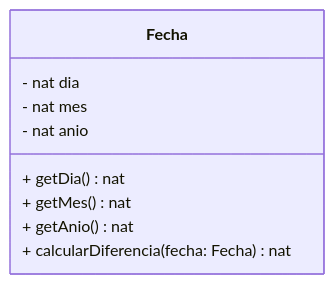
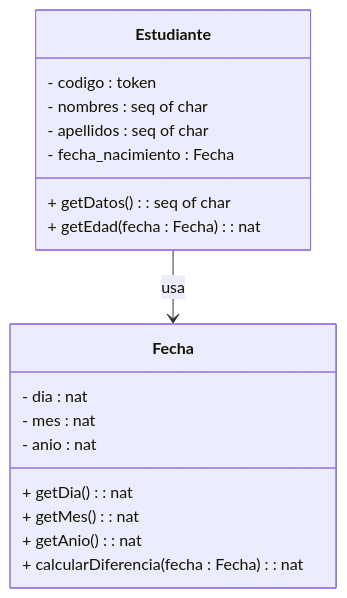
The diagram in VDM++/readme.md (joeCuadros/Sistema_monitoreo), drawn with Mermaid before and after one commit. The commit also changed other lines of this file and 2 other files, not shown here.

Commit message:
feat: test/mejora de la clase Estudiante

````diff
--- a/VDM++/readme.md
+++ b/VDM++/readme.md
@@ -32,12 +33,23 @@
 ```mermaid
 classDiagram
 class Fecha {
-    - nat dia
-    - nat mes
-    - nat anio
-    + getDia() nat
-    + getMes() nat
-    + getAnio() nat
-    + calcularDiferencia(fecha: Fecha) nat
+    - dia : nat
+    - mes : nat
+    - anio : nat
+    + getDia() : nat
+    + getMes() : nat
+    + getAnio() : nat
+    + calcularDiferencia(fecha : Fecha) : nat
 }
+
+class Estudiante {
+    - codigo : token
+    - nombres : seq of char
+    - apellidos : seq of char
+    - fecha_nacimiento : Fecha
+    + getDatos() : seq of char
+    + getEdad(fecha : Fecha) : nat
+}
+
+Estudiante --> Fecha : usa
 ```
````
